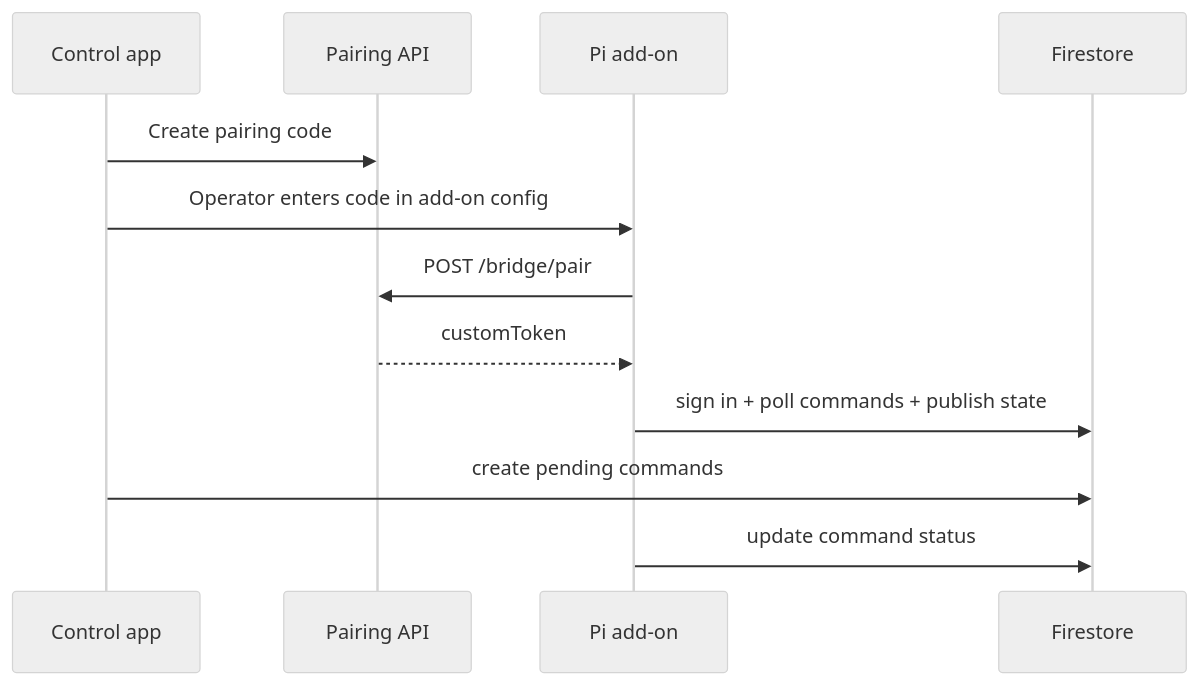
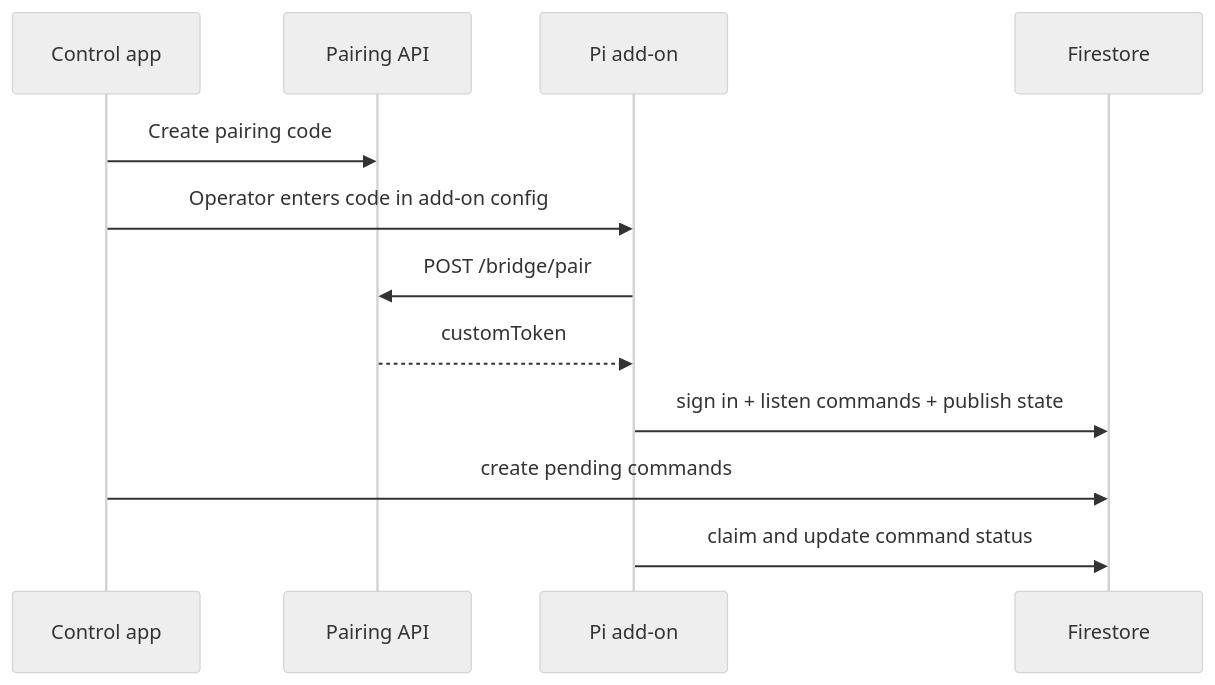
The second of 2 diagrams in README.md (mmorera-25/firestore-home-assistant-bridge), drawn with Mermaid (neutral theme) before and after one commit. The commit also changed other lines of this file and 4 other files, not shown here.

````diff
--- a/README.md
+++ b/README.md
@@ -229,15 +229,15 @@
 ```mermaid
 sequenceDiagram
   participant App as Control app
   participant API as Pairing API
   participant Pi as Pi add-on
   participant FS as Firestore
 
   App->>API: Create pairing code
   App->>Pi: Operator enters code in add-on config
   Pi->>API: POST /bridge/pair
   API-->>Pi: customToken
-  Pi->>FS: sign in + poll commands + publish state
+  Pi->>FS: sign in + listen commands + publish state
   App->>FS: create pending commands
-  Pi->>FS: update command status
+  Pi->>FS: claim and update command status
 ```
````
